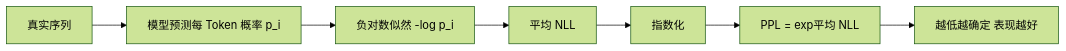
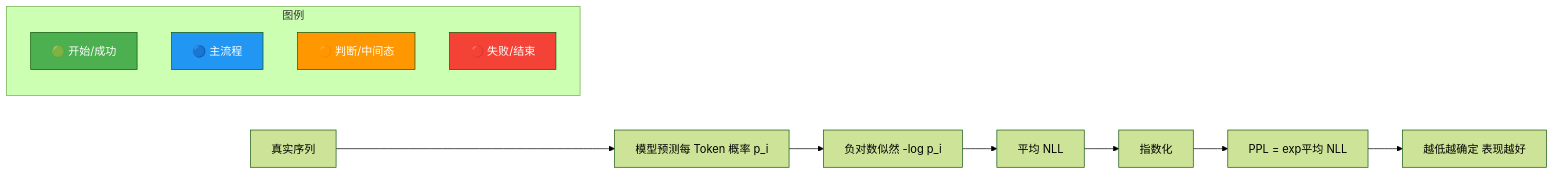
The diagram in questions/llm-core/xhw-067.md (SunArthur86/interview-2026), drawn with Mermaid (forest theme) before and after one commit. The commit also changed other lines of this file and 3180 other files, not shown here.

First line of the commit message:
Mermaid颜色增强99% + 面试频率分类(高频1571/中频1115/低频461)

````diff
--- a/questions/llm-core/xhw-067.md
+++ b/questions/llm-core/xhw-067.md
@@ -94,9 +95,33 @@
 ```mermaid
 flowchart LR
+    classDef start fill:#4CAF50,color:#fff
+    classDef process fill:#2196F3,color:#fff
+    classDef decision fill:#FF9800,color:#fff
+    classDef special fill:#9C27B0,color:#fff
+    classDef error fill:#f44336,color:#fff
+    classDef info fill:#607D8B,color:#fff
+    class A start
+    class B process
+    class C decision
+    class D special
+    class E error
+    class F info
+    class G start
+    class NLL process
+    class PPL decision
+    class Token special
+    class log error
+    class p_i info
     A[真实序列] --> B[模型预测每 Token 概率 p_i]
     B --> C[负对数似然 -log p_i]
     C --> D[平均 NLL]
     D --> E[指数化]
     E --> F[PPL = exp平均 NLL]
     F --> G[越低越确定 表现越好]
+    subgraph Legend["图例"]
+        L1["🟢 开始/成功"]:::start
+        L2["🔵 主流程"]:::process
+        L3["🟠 判断/中间态"]:::decision
+        L4["🔴 失败/结束"]:::error
+    end
 ```
````
